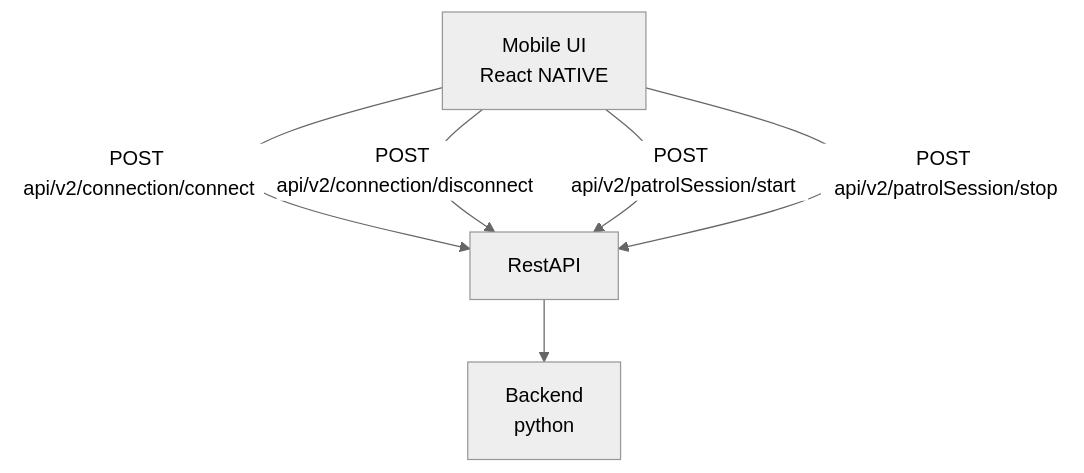
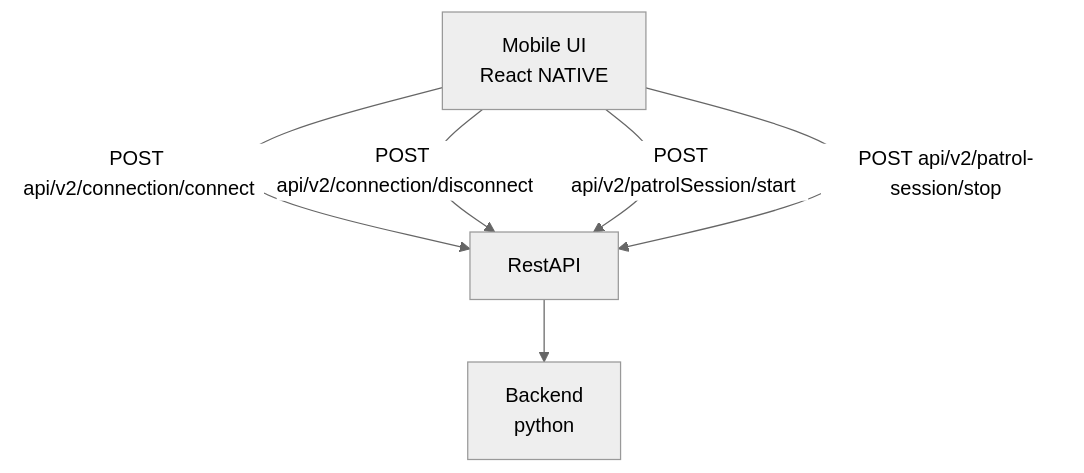
One commit to aau-cph-sw5/case-b-manning-patrol changed the diagram in contracts/positioning-ingestion/v2/README.md. Above: the diagram before and after it, drawn with Mermaid (neutral theme).

````diff
--- a/contracts/positioning-ingestion/v2/README.md
+++ b/contracts/positioning-ingestion/v2/README.md
@@ -7,8 +7,8 @@
 ```mermaid
 graph TD
     MobileUI[Mobile UI\nReact NATIVE] -->|POST api/v2/connection/connect| RestAPI
     MobileUI -->|POST api/v2/connection/disconnect| RestAPI
     MobileUI -->|POST api/v2/patrolSession/start| RestAPI
-    MobileUI -->|POST api/v2/patrolSession/stop| RestAPI
+    MobileUI -->|POST api/v2/patrol-session/stop| RestAPI
     RestAPI[RestAPI] --> Backend[Backend\npython]
 ```
````
